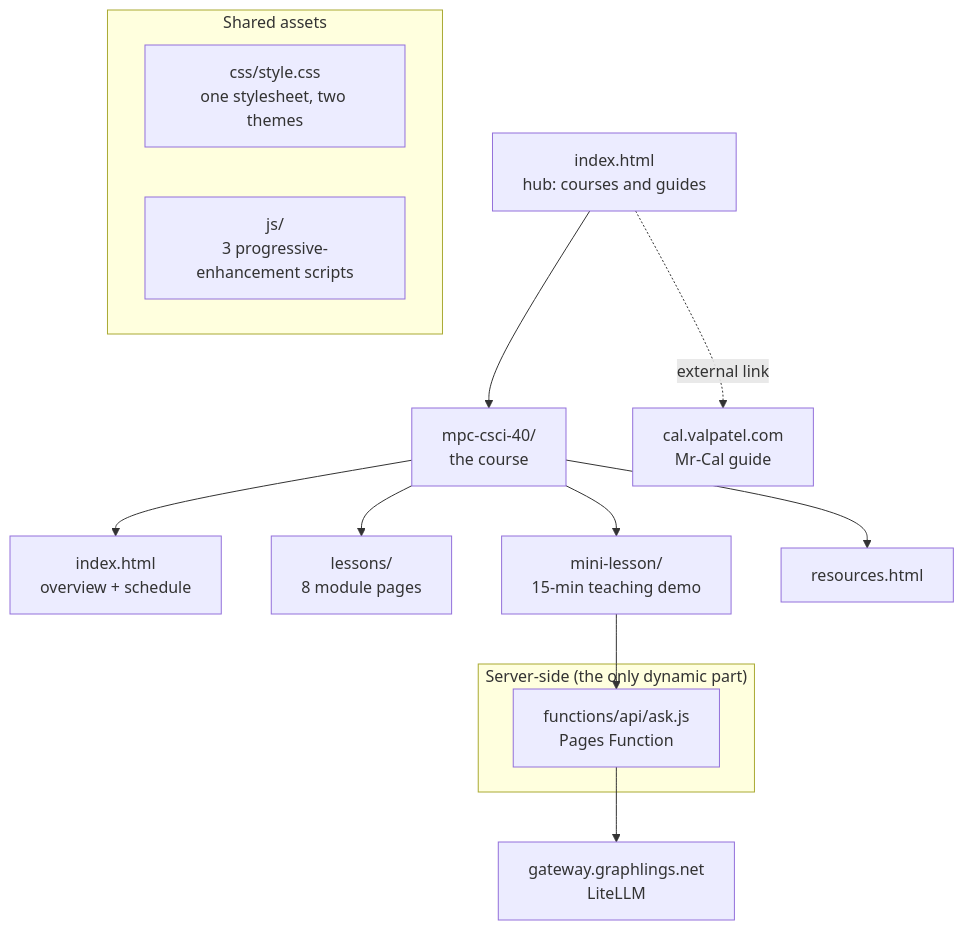
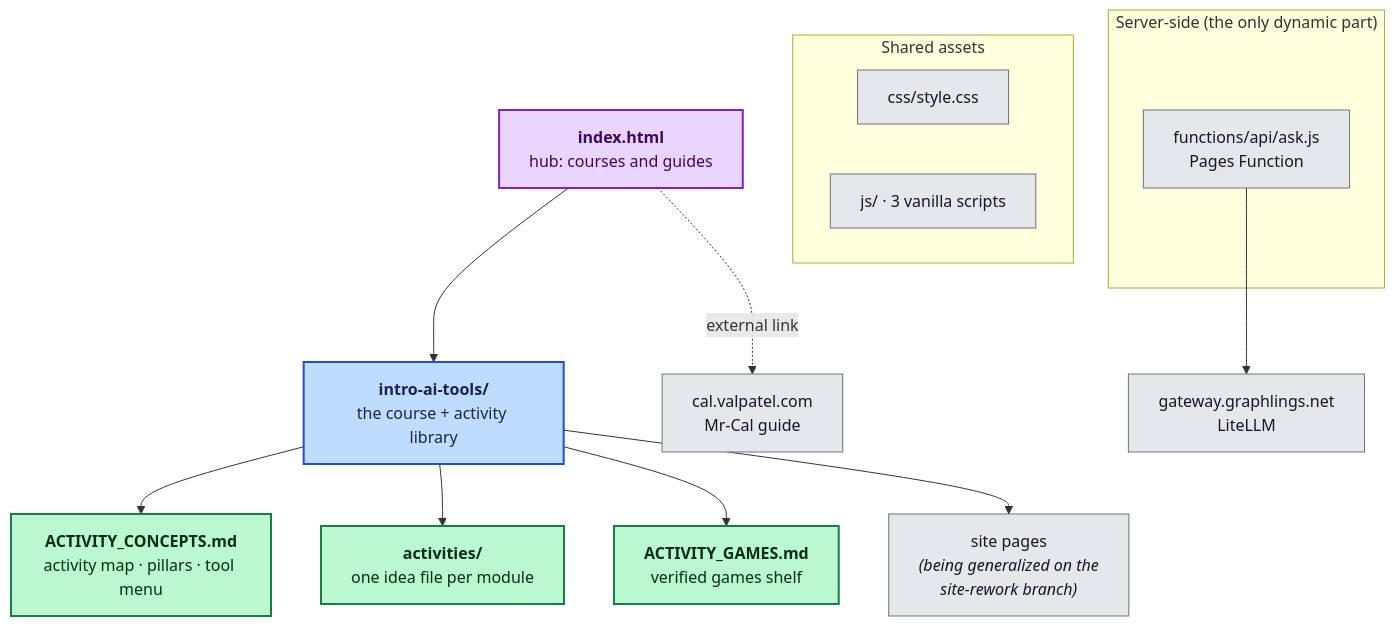
The diagram in README.md (mvalancy/lesson-plans), drawn with Mermaid before and after one commit. The commit also changed other lines of this file and 1 other file, not shown here.

First line of the commit message:
Meeting-ready READMEs: root and course-folder maps on main

````diff
--- a/README.md
+++ b/README.md
@@ -19,23 +35,31 @@
 ```mermaid
 flowchart TD
-    ROOT["index.html<br/>hub: courses and guides"]
-    ROOT --> C40["mpc-csci-40/<br/>the course"]
+    ROOT["<b>index.html</b><br/>hub: courses and guides"]
+    ROOT --> C40["<b>intro-ai-tools/</b><br/>the course + activity library"]
     ROOT -.->|"external link"| CAL["cal.valpatel.com<br/>Mr-Cal guide"]
 
-    C40 --> OV["index.html<br/>overview + schedule"]
-    C40 --> LES["lessons/<br/>8 module pages"]
-    C40 --> MINI["mini-lesson/<br/>15-min teaching demo"]
-    C40 --> RES["resources.html"]
+    C40 --> LIB["<b>ACTIVITY_CONCEPTS.md</b><br/>activity map · pillars · tool menu"]
+    C40 --> ACT["<b>activities/</b><br/>one idea file per module"]
+    C40 --> GAM["<b>ACTIVITY_GAMES.md</b><br/>verified games shelf"]
+    C40 --> SITE["site pages<br/><i>(being generalized on the<br/>site-rework branch)</i>"]
 
     subgraph shared["Shared assets"]
-        CSS["css/style.css<br/>one stylesheet, two themes"]
-        JS["js/<br/>3 progressive-enhancement scripts"]
+        CSS["css/style.css"]
+        JS["js/ · 3 vanilla scripts"]
     end
 
     subgraph server["Server-side (the only dynamic part)"]
         FN["functions/api/ask.js<br/>Pages Function"]
     end
 
-    MINI --> FN
     FN --> GW["gateway.graphlings.net<br/>LiteLLM"]
+
+    classDef hub fill:#e9d5ff,stroke:#7e22ce,stroke-width:2px,color:#3b0764
+    classDef course fill:#bfdbfe,stroke:#1d4ed8,stroke-width:2px,color:#172554
+    classDef lib fill:#bbf7d0,stroke:#15803d,stroke-width:2px,color:#052e16
+    classDef infra fill:#e5e7eb,stroke:#6b7280,stroke-width:1px,color:#111827
+    class ROOT hub
+    class C40 course
+    class LIB,ACT,GAM lib
+    class SITE,CSS,JS,FN,GW,CAL infra
 ```
````
